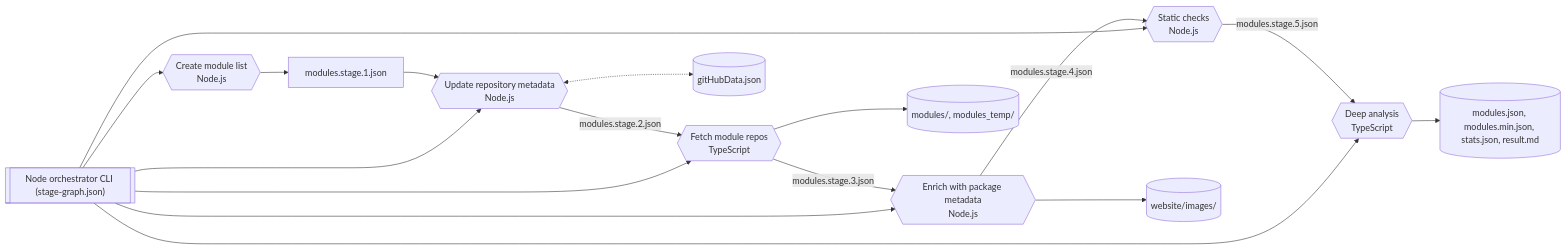
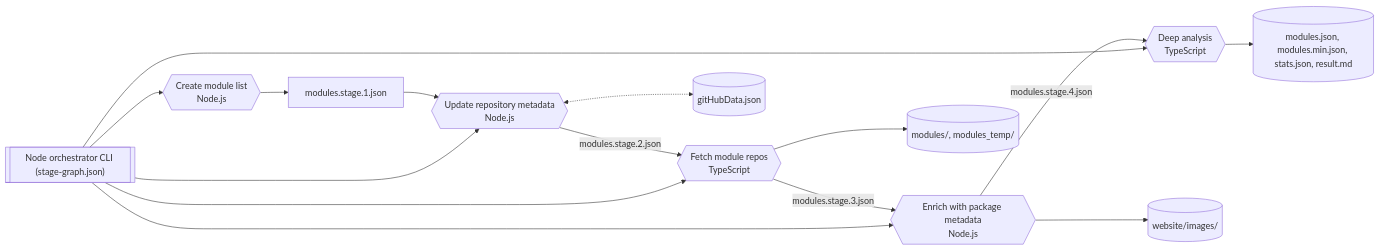
One commit to KristjanESPERANTO/MagicMirror-3rd-Party-Modules changed the first of 3 diagrams in docs/architecture.md. Above: the diagram before and after it, drawn with Mermaid. The commit also changed other lines of this file and 9 other files, not shown here.

````diff
--- a/docs/architecture.md
+++ b/docs/architecture.md
@@ -22,21 +21,19 @@
 ```mermaid
 flowchart LR
   orchestrator[["Node orchestrator CLI (stage-graph.json)"]]
   orchestrator --> create{{"Create module list<br>Node.js"}}
   orchestrator --> update{{"Update repository metadata<br>Node.js"}}
   orchestrator --> fetch{{"Fetch module repos<br>TypeScript"}}
   orchestrator --> enrich{{"Enrich with package metadata<br>Node.js"}}
-  orchestrator --> checkjs{{"Static checks<br>Node.js"}}
   orchestrator --> checkts{{"Deep analysis<br>TypeScript"}}
 
   create --> stage1["modules.stage.1.json"]
   stage1 --> update
   update -- "modules.stage.2.json" --> fetch
   update <-.-> cache[("gitHubData.json")]
   fetch -- "modules.stage.3.json" --> enrich
   fetch --> clones[("modules/, modules_temp/")]
-  enrich -- "modules.stage.4.json" --> checkjs
+  enrich -- "modules.stage.4.json" --> checkts
   enrich --> images[("website/images/")]
-  checkjs -- "modules.stage.5.json" --> checkts
   checkts --> outputs[("modules.json, modules.min.json, stats.json, result.md")]
 ```
````
